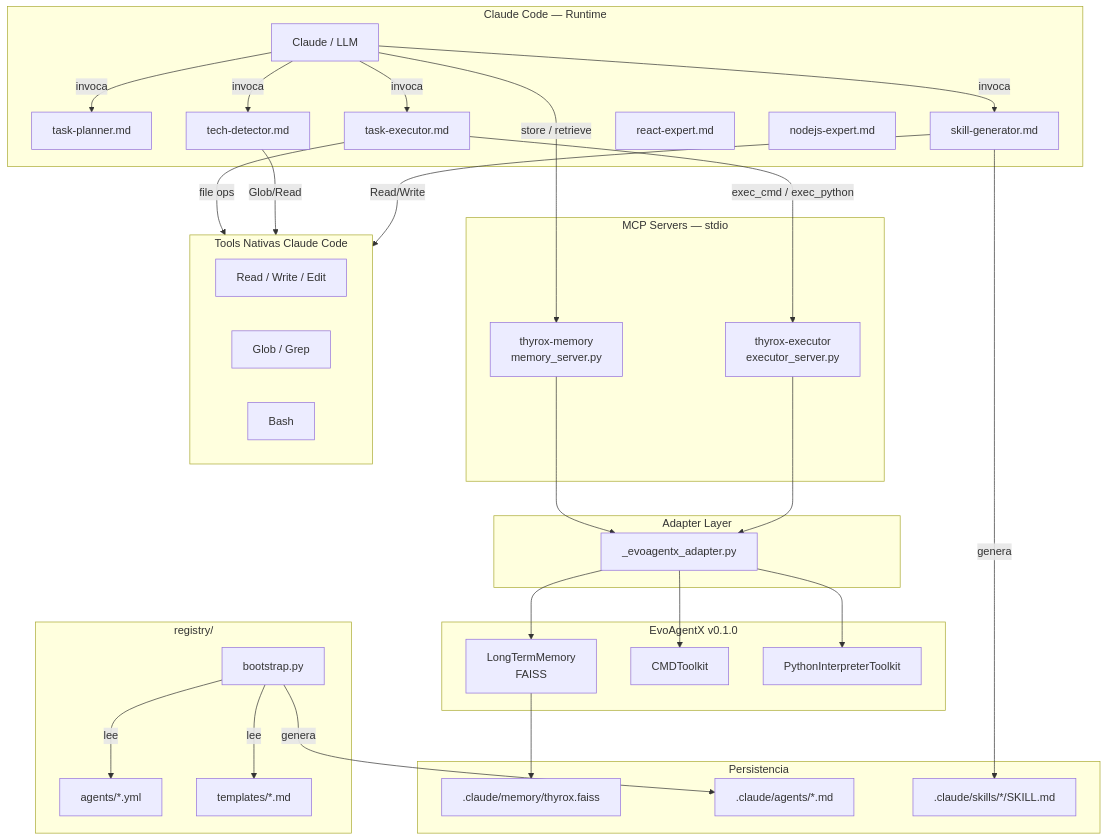
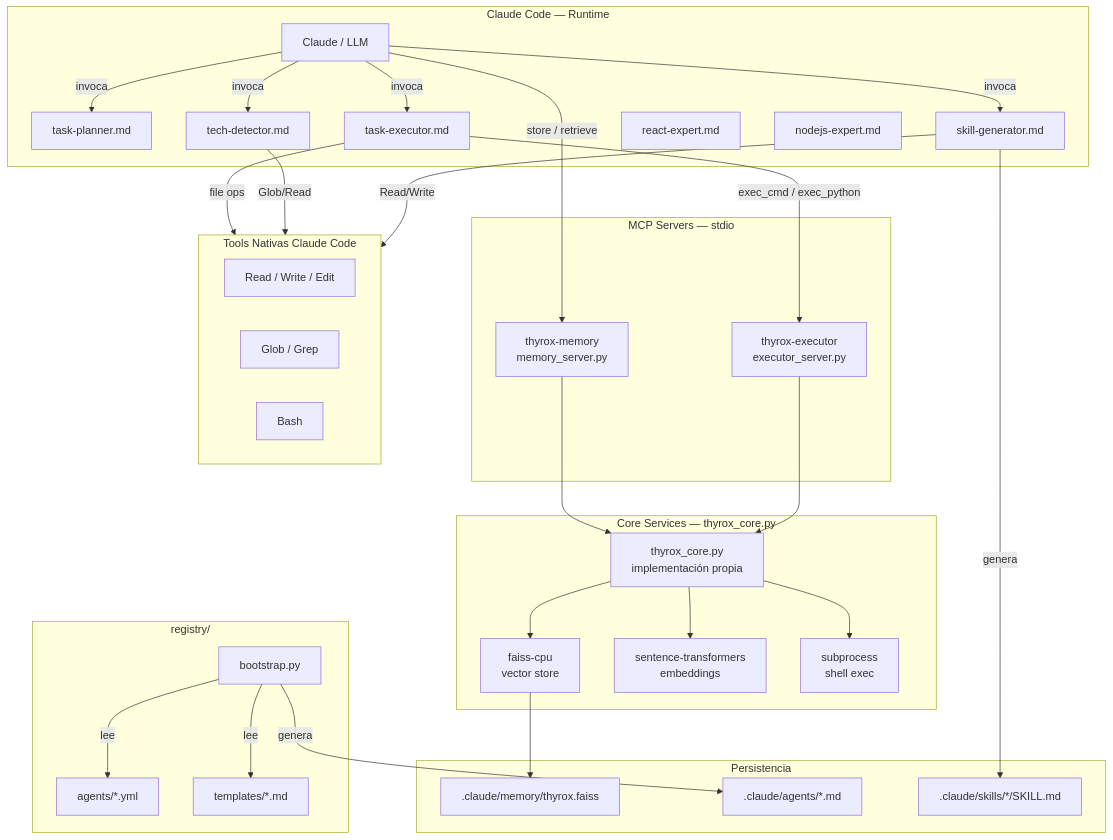
Before and after one commit to NestorMonroy/thyrox: the first of 5 diagrams in .claude/context/work/2026-04-05-01-09-22-thyrox-capabilities-integration/thyrox-capabilities-integration-design.md, drawn with Mermaid. The commit also changed other lines of this file and 4 other files, not shown here.

````diff
--- a/.claude/context/work/2026-04-05-01-09-22-thyrox-capabilities-integration/thyrox-capabilities-integration-design.md
+++ b/.claude/context/work/2026-04-05-01-09-22-thyrox-capabilities-integration/thyrox-capabilities-integration-design.md
@@ -23,69 +24,66 @@
 ```mermaid
 graph TB
     subgraph ClaudeCode["Claude Code — Runtime"]
         CC[Claude / LLM]
         TP[task-planner.md]
         TE[task-executor.md]
         TD[tech-detector.md]
         SG[skill-generator.md]
         RE[react-expert.md]
         NE[nodejs-expert.md]
     end
 
     subgraph MCP["MCP Servers — stdio"]
         MS[thyrox-memory<br/>memory_server.py]
         EX[thyrox-executor<br/>executor_server.py]
     end
 
-    subgraph Adapter["Adapter Layer"]
-        AD[_evoagentx_adapter.py]
-    end
-
-    subgraph EvoAgentX["EvoAgentX v0.1.0"]
-        LTM[LongTermMemory<br/>FAISS]
-        CMD[CMDToolkit]
-        PY[PythonInterpreterToolkit]
+    subgraph CoreServices["Core Services — thyrox_core.py"]
+        TC[thyrox_core.py<br/>implementación propia]
+        FAISSLIB[faiss-cpu<br/>vector store]
+        ST[sentence-transformers<br/>embeddings]
+        SP[subprocess<br/>shell exec]
     end
 
     subgraph NativeTools["Tools Nativas Claude Code"]
         RD[Read / Write / Edit]
         GL[Glob / Grep]
         BA[Bash]
     end
 
     subgraph Registry["registry/"]
         YAML[agents/*.yml]
         TMPL[templates/*.md]
         BP[bootstrap.py]
     end
 
     subgraph Persistence["Persistencia"]
         FAISS[.claude/memory/thyrox.faiss]
         AGENTS[.claude/agents/*.md]
         SKILLS[.claude/skills/*/SKILL.md]
     end
 
     CC -->|invoca| TP
     CC -->|invoca| TE
     CC -->|invoca| TD
     CC -->|invoca| SG
 
     TE -->|file ops| NativeTools
     TD -->|Glob/Read| NativeTools
     SG -->|Read/Write| NativeTools
 
     TE -->|exec_cmd / exec_python| EX
     CC -->|store / retrieve| MS
 
-    MS --> AD
-    EX --> AD
-    AD --> LTM
-    AD --> CMD
-    AD --> PY
+    MS --> TC
+    EX --> TC
+    TC --> FAISSLIB
+    TC --> ST
+    TC --> SP
 
-    LTM --> FAISS
+    FAISSLIB --> FAISS
     BP -->|lee| YAML
     BP -->|lee| TMPL
     BP -->|genera| AGENTS
     SG -->|genera| SKILLS
 ```
````
